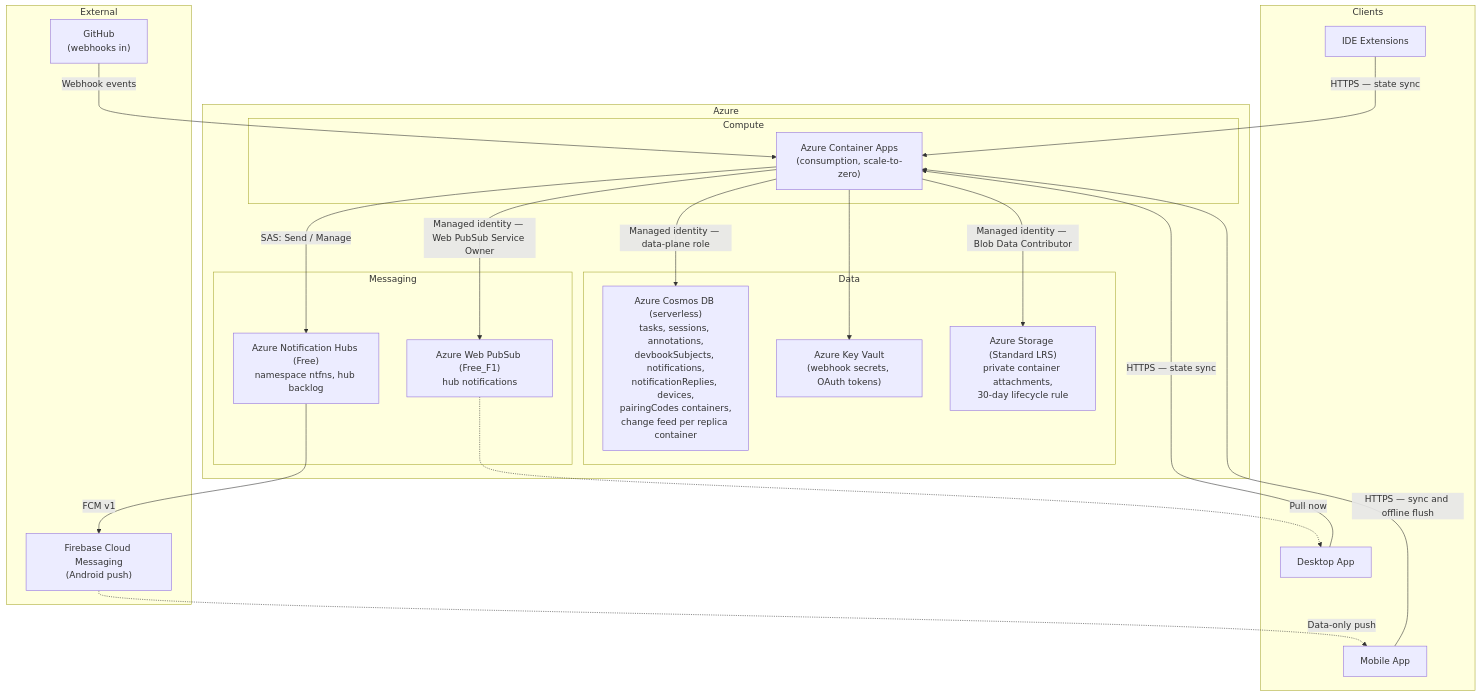
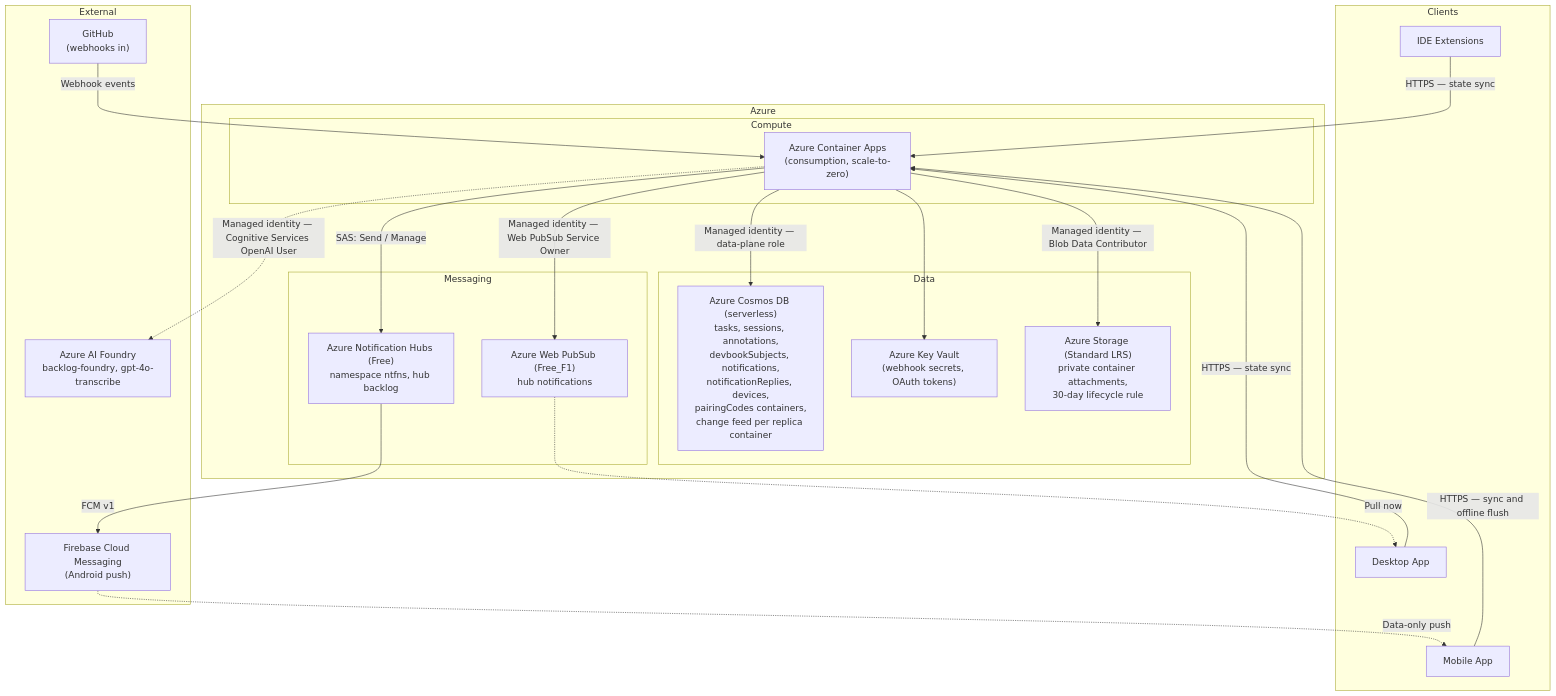
Before and after one commit to JSdotNet/Backlog: the fifth of 7 diagrams in .devbook/arc42/07-deployment-view.md, drawn with Mermaid. The commit also changed other lines of this file and 7 other files, not shown here.

First line of the commit message:
docs(arc42): ADR 0045 - the sync service relays dictation audio to Foundry and keeps none of it

````diff
--- a/.devbook/arc42/07-deployment-view.md
+++ b/.devbook/arc42/07-deployment-view.md
@@ -240,46 +240,48 @@
 ```mermaid
 flowchart TB
     subgraph "Azure"
         subgraph "Compute"
             AppService["Azure Container Apps\n(consumption, scale-to-zero)"]
         end
         subgraph "Data"
             CosmosDB["Azure Cosmos DB (serverless)\ntasks, sessions, annotations,\ndevbookSubjects, notifications,\nnotificationReplies, devices,\npairingCodes containers,\nchange feed per replica container"]
             KeyVault["Azure Key Vault\n(webhook secrets, OAuth tokens)"]
             Storage["Azure Storage (Standard LRS)\nprivate container attachments,\n30-day lifecycle rule"]
         end
         subgraph "Messaging"
             WebPubSub["Azure Web PubSub (Free_F1)\nhub notifications"]
             NotificationHubs["Azure Notification Hubs (Free)\nnamespace ntfns, hub backlog"]
         end
     end
 
     subgraph "External"
         GitHub["GitHub\n(webhooks in)"]
         FCM["Firebase Cloud Messaging\n(Android push)"]
+        Foundry["Azure AI Foundry\nbacklog-foundry, gpt-4o-transcribe"]
 
     end
 
     subgraph "Clients"
         Desktop["Desktop App"]
         Mobile["Mobile App"]
         IDE["IDE Extensions"]
     end
 
     Desktop -->|"HTTPS — state sync"| AppService
     Mobile -->|"HTTPS — sync and offline flush"| AppService
     IDE -->|"HTTPS — state sync"| AppService
 
     AppService -->|"Managed identity — data-plane role"| CosmosDB
     AppService --> KeyVault
     AppService -->|"Managed identity — Blob Data Contributor"| Storage
 
     GitHub -->|"Webhook events"| AppService
 
     AppService -->|"Managed identity — Web PubSub Service Owner"| WebPubSub
     WebPubSub -.->|"Pull now"| Desktop
     AppService -->|"SAS: Send / Manage"| NotificationHubs
     NotificationHubs -->|"FCM v1"| FCM
     FCM -.->|"Data-only push"| Mobile
+    AppService -.->|"Managed identity — Cognitive Services OpenAI User"| Foundry
 
 ```
````
